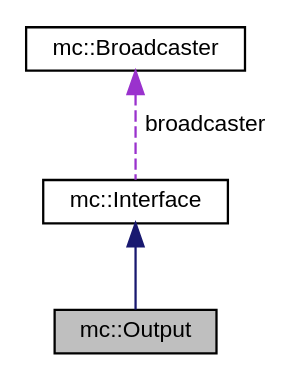
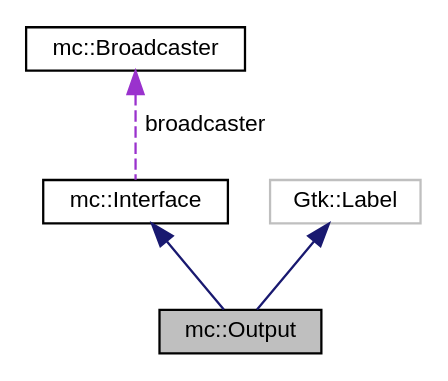
The diagram in docs/classmc_1_1Output__coll__graph.dot (mjhouse/mcalc), drawn with Graphviz before and after one commit. The commit also changed 54 other files, not shown here.

```diff
--- a/docs/classmc_1_1Output__coll__graph.dot
+++ b/docs/classmc_1_1Output__coll__graph.dot
@@ -1,10 +1,12 @@
 digraph "mc::Output"
 {
   edge [fontname="Helvetica",fontsize="10",labelfontname="Helvetica",labelfontsize="10"];
   node [fontname="Helvetica",fontsize="10",shape=record];
   Node1 [label="mc::Output",height=0.2,width=0.4,color="black", fillcolor="grey75", style="filled", fontcolor="black"];
   Node2 -> Node1 [dir="back",color="midnightblue",fontsize="10",style="solid",fontname="Helvetica"];
   Node2 [label="mc::Interface",height=0.2,width=0.4,color="black", fillcolor="white", style="filled",URL="$classmc_1_1Interface.html"];
   Node3 -> Node2 [dir="back",color="darkorchid3",fontsize="10",style="dashed",label=" broadcaster" ,fontname="Helvetica"];
   Node3 [label="mc::Broadcaster",height=0.2,width=0.4,color="black", fillcolor="white", style="filled",URL="$classmc_1_1Broadcaster.html"];
+  Node4 -> Node1 [dir="back",color="midnightblue",fontsize="10",style="solid",fontname="Helvetica"];
+  Node4 [label="Gtk::Label",height=0.2,width=0.4,color="grey75", fillcolor="white", style="filled"];
 }
```
